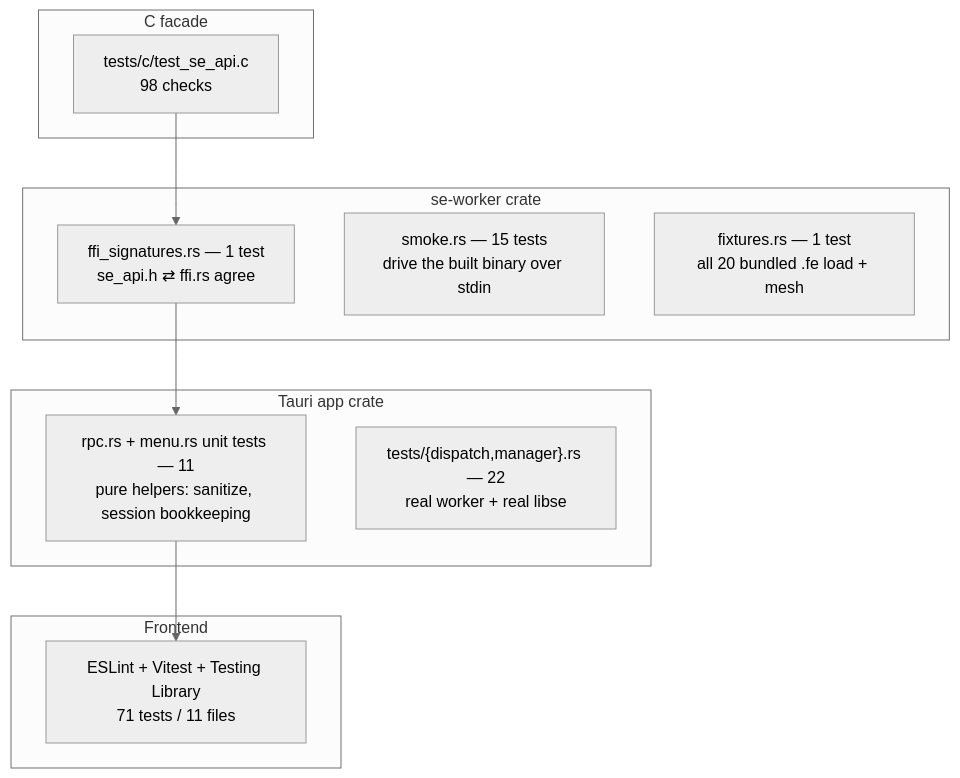
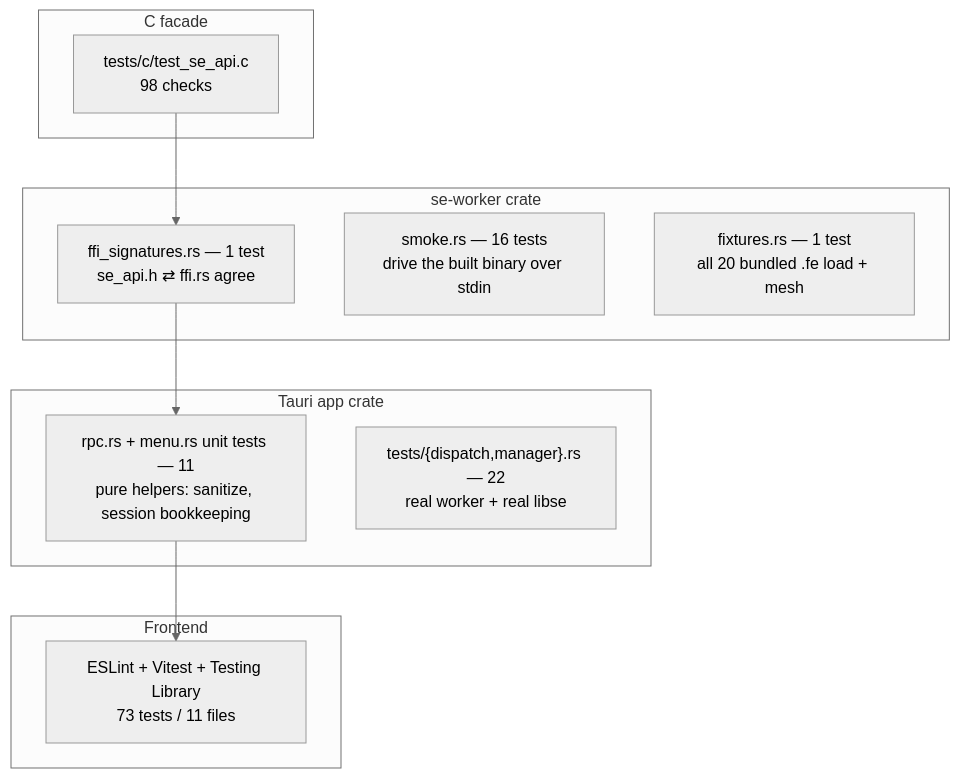
Before and after one commit to sersergious/surface-evolver: the fifth of 6 diagrams in ARCHITECTURE.md, drawn with Mermaid (neutral theme). The commit also changed other lines of this file and 12 other files, not shown here.

````diff
--- a/ARCHITECTURE.md
+++ b/ARCHITECTURE.md
@@ -269,19 +269,19 @@
 ```mermaid
 flowchart TB
     subgraph C["C facade"]
         CT["tests/c/test_se_api.c<br/>98 checks"]
     end
     subgraph Worker["se-worker crate"]
         WF["ffi_signatures.rs — 1 test<br/>se_api.h ⇄ ffi.rs agree"]
-        WS["smoke.rs — 15 tests<br/>drive the built binary over stdin"]
+        WS["smoke.rs — 16 tests<br/>drive the built binary over stdin"]
         WX["fixtures.rs — 1 test<br/>all 20 bundled .fe load + mesh"]
     end
     subgraph App["Tauri app crate"]
         AU["rpc.rs + menu.rs unit tests — 11<br/>pure helpers: sanitize, session bookkeeping"]
         AI["tests/{dispatch,manager}.rs — 22<br/>real worker + real libse"]
     end
     subgraph FE["Frontend"]
-        FT["ESLint + Vitest + Testing Library<br/>71 tests / 11 files"]
+        FT["ESLint + Vitest + Testing Library<br/>73 tests / 11 files"]
     end
     CT --> WF --> AU --> FT
 ```
````
